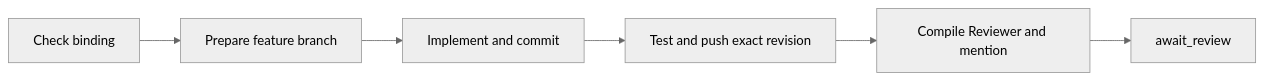
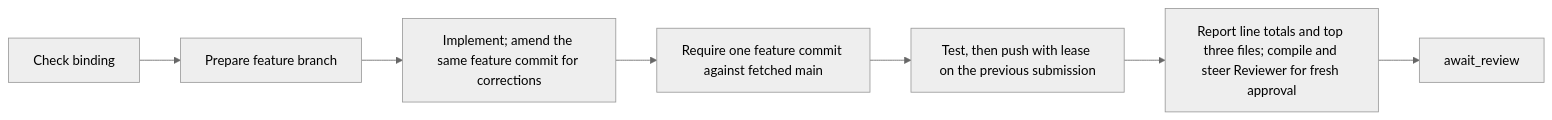
Before and after one commit to Winfred666/multica-featssship: the third of 5 diagrams in roles/developer-debug.md, drawn with Mermaid (neutral theme). The commit also changed 15 other files, not shown here.

Commit message:
R-241 Automate concise delivery reports and amend feature rework

````diff
--- a/roles/developer-debug.md
+++ b/roles/developer-debug.md
@@ -29,8 +29,9 @@
 ```mermaid
 flowchart LR
   entry[Check binding] --> prepare[Prepare feature branch]
-  prepare --> source[Implement and commit]
-  source --> submit[Test and push exact revision]
-  submit --> compile[Compile Reviewer and mention]
+  prepare --> source[Implement; amend the same feature commit for corrections]
+  source --> commits[Require one feature commit against fetched main]
+  commits --> submit[Test, then push with lease on the previous submission]
+  submit --> compile[Report line totals and top three files; compile and steer Reviewer for fresh approval]
   compile --> await_review
 ```
````
